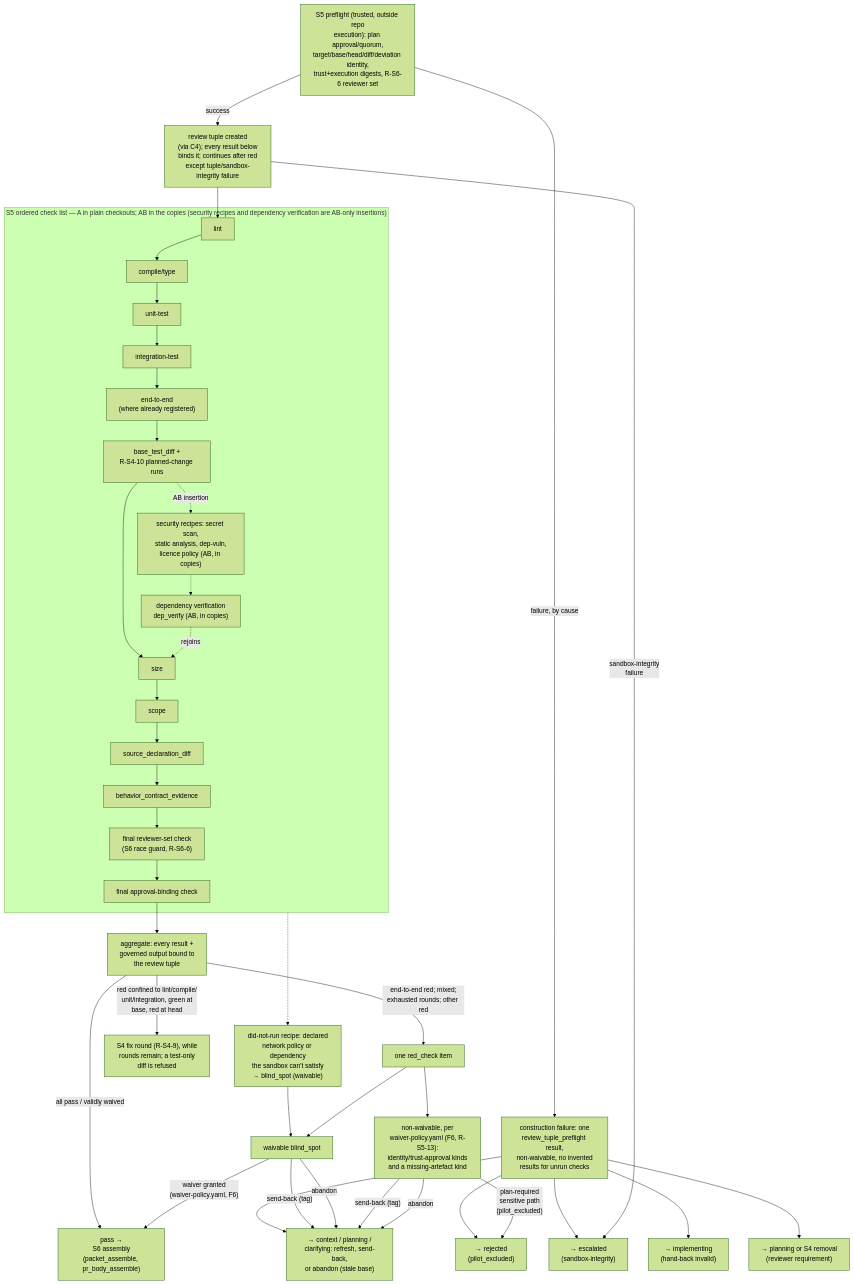
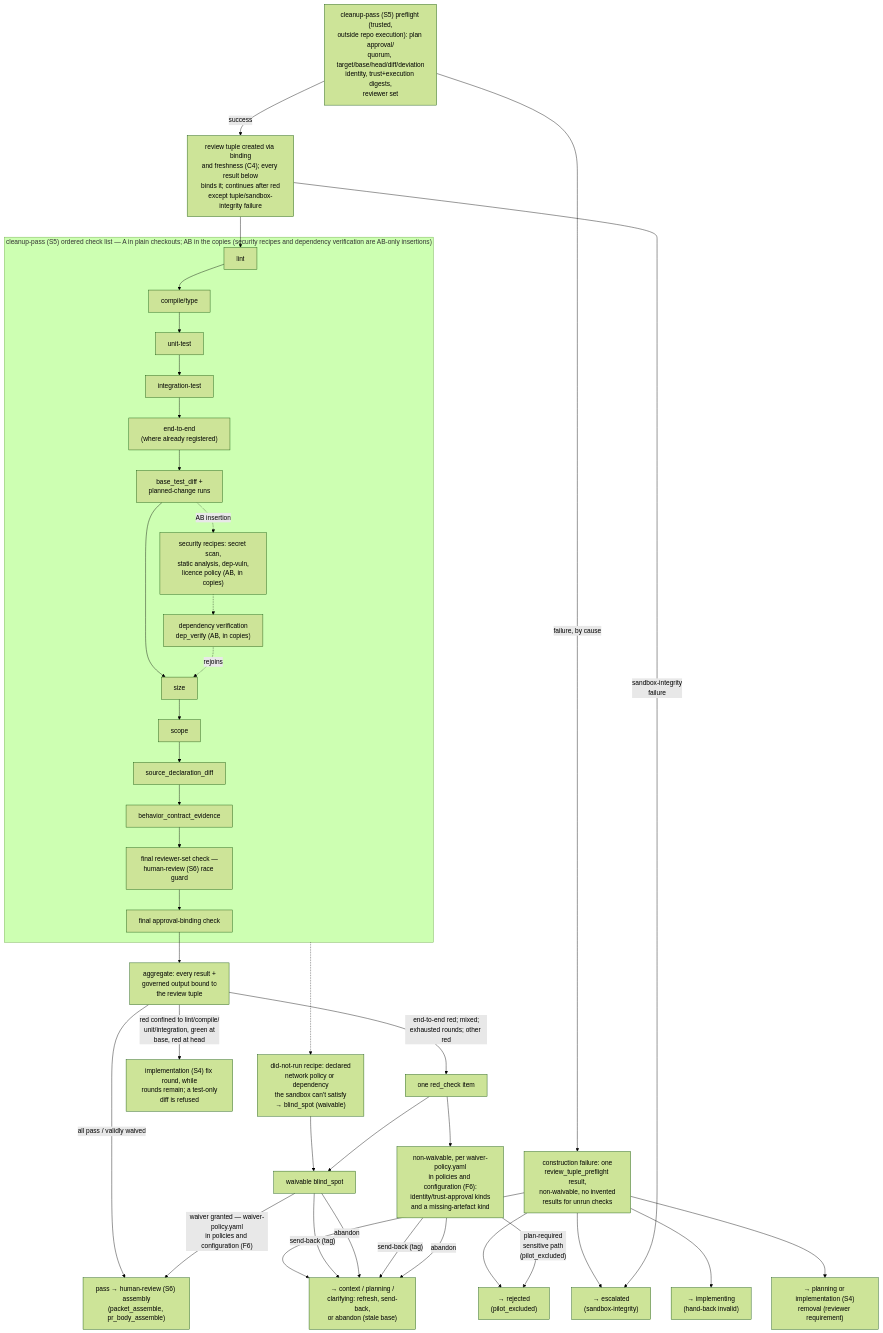
The fourth of 4 diagrams in docs/design/hld/L2-control-plane.md (abhishekthakur7/software-factory), drawn with Mermaid (forest theme) before and after one commit. The commit also changed other lines of this file and 9 other files, not shown here.

Commit message:
Name every code on the HLD pictures; add the short-name legend and fix the broken sequence diagram

````diff
--- a/docs/design/hld/L2-control-plane.md
+++ b/docs/design/hld/L2-control-plane.md
@@ -307,72 +315,72 @@
 ```mermaid
 flowchart TB
-  Preflight["S5 preflight (trusted, outside repo<br/>execution): plan approval/quorum,<br/>target/base/head/diff/deviation identity,<br/>trust+execution digests, R-S6-6 reviewer set"]
+  Preflight["cleanup-pass (S5) preflight (trusted,<br/>outside repo execution): plan approval/<br/>quorum, target/base/head/diff/deviation<br/>identity, trust+execution digests,<br/>reviewer set"]
   PreflightFail["construction failure: one<br/>review_tuple_preflight result,<br/>non-waivable, no invented<br/>results for unrun checks"]
-  ReviewTuple["review tuple created<br/>(via C4); every result below<br/>binds it; continues after red<br/>except tuple/sandbox-integrity failure"]
+  ReviewTuple["review tuple created via binding<br/>and freshness (C4); every result below<br/>binds it; continues after red<br/>except tuple/sandbox-integrity failure"]
 
   ToImplementing["→ implementing<br/>(hand-back invalid)"]
-  ToPlanningS4["→ planning or S4 removal<br/>(reviewer requirement)"]
+  ToPlanningS4["→ planning or implementation (S4)<br/>removal (reviewer requirement)"]
   ToHuman["→ context / planning /<br/>clarifying: refresh, send-back,<br/>or abandon (stale base)"]
   ToRejected["→ rejected<br/>(pilot_excluded)"]
   ToEscalated["→ escalated<br/>(sandbox-integrity)"]
 
-  subgraph ChkList["S5 ordered check list — A in plain checkouts; AB in the copies (security recipes and dependency verification are AB-only insertions)"]
+  subgraph ChkList["cleanup-pass (S5) ordered check list — A in plain checkouts; AB in the copies (security recipes and dependency verification are AB-only insertions)"]
     Chk_lint["lint"]
     Chk_compile["compile/type"]
     Chk_unit["unit-test"]
     Chk_integ["integration-test"]
     Chk_e2e["end-to-end<br/>(where already registered)"]
-    Chk_basetest["base_test_diff +<br/>R-S4-10 planned-change runs"]
+    Chk_basetest["base_test_diff +<br/>planned-change runs"]
     Chk_security["security recipes: secret scan,<br/>static analysis, dep-vuln,<br/>licence policy (AB, in copies)"]
     Chk_depverify["dependency verification<br/>dep_verify (AB, in copies)"]
     Chk_size["size"]
     Chk_scope["scope"]
     Chk_decl["source_declaration_diff"]
     Chk_contract["behavior_contract_evidence"]
-    Chk_reviewerset["final reviewer-set check<br/>(S6 race guard, R-S6-6)"]
+    Chk_reviewerset["final reviewer-set check —<br/>human-review (S6) race guard"]
     Chk_approvalbind["final approval-binding check"]
     Chk_lint --> Chk_compile --> Chk_unit --> Chk_integ --> Chk_e2e --> Chk_basetest
     Chk_basetest --> Chk_size
     Chk_basetest -.->|"AB insertion"| Chk_security -.-> Chk_depverify -.->|"rejoins"| Chk_size
     Chk_size --> Chk_scope --> Chk_decl --> Chk_contract --> Chk_reviewerset --> Chk_approvalbind
   end
 
   DidNotRun["did-not-run recipe: declared<br/>network policy or dependency<br/>the sandbox can't satisfy<br/>→ blind_spot (waivable)"]
 
   Results["aggregate: every result +<br/>governed output bound to<br/>the review tuple"]
 
-  S6assembly["pass →<br/>S6 assembly<br/>(packet_assemble, pr_body_assemble)"]
-  S4Fix["S4 fix round (R-S4-9), while<br/>rounds remain; a test-only<br/>diff is refused"]
+  S6assembly["pass → human-review (S6) assembly<br/>(packet_assemble, pr_body_assemble)"]
+  S4Fix["implementation (S4) fix round, while<br/>rounds remain; a test-only<br/>diff is refused"]
   RedCheck["one red_check item"]
   Waivable["waivable blind_spot"]
-  NonWaivable["non-waivable, per<br/>waiver-policy.yaml (F6, R-S5-13):<br/>identity/trust-approval kinds<br/>and a missing-artefact kind"]
+  NonWaivable["non-waivable, per waiver-policy.yaml<br/>in policies and configuration (F6):<br/>identity/trust-approval kinds<br/>and a missing-artefact kind"]
 
   Preflight -->|"success"| ReviewTuple
   Preflight -->|"failure, by cause"| PreflightFail
   PreflightFail --> ToImplementing
   PreflightFail --> ToPlanningS4
   PreflightFail --> ToHuman
   PreflightFail --> ToRejected
   PreflightFail --> ToEscalated
 
   ReviewTuple --> Chk_lint
   ReviewTuple -->|"sandbox-integrity<br/>failure"| ToEscalated
   ChkList -.-> DidNotRun
   DidNotRun --> Waivable
   Chk_approvalbind --> Results
 
   Results -->|"all pass / validly waived"| S6assembly
   Results -->|"red confined to lint/compile/<br/>unit/integration, green at<br/>base, red at head"| S4Fix
   Results -->|"end-to-end red; mixed;<br/>exhausted rounds; other red"| RedCheck
 
   RedCheck --> Waivable
   RedCheck --> NonWaivable
-  Waivable -->|"waiver granted<br/>(waiver-policy.yaml, F6)"| S6assembly
+  Waivable -->|"waiver granted — waiver-policy.yaml<br/>in policies and configuration (F6)"| S6assembly
   Waivable -->|"send-back (tag)"| ToHuman
   Waivable -->|"abandon"| ToHuman
   NonWaivable -->|"send-back (tag)"| ToHuman
   NonWaivable -->|"abandon"| ToHuman
   NonWaivable -->|"plan-required<br/>sensitive path<br/>(pilot_excluded)"| ToRejected
 
   classDef later stroke-dasharray:5 5,color:#666
 ```
````
